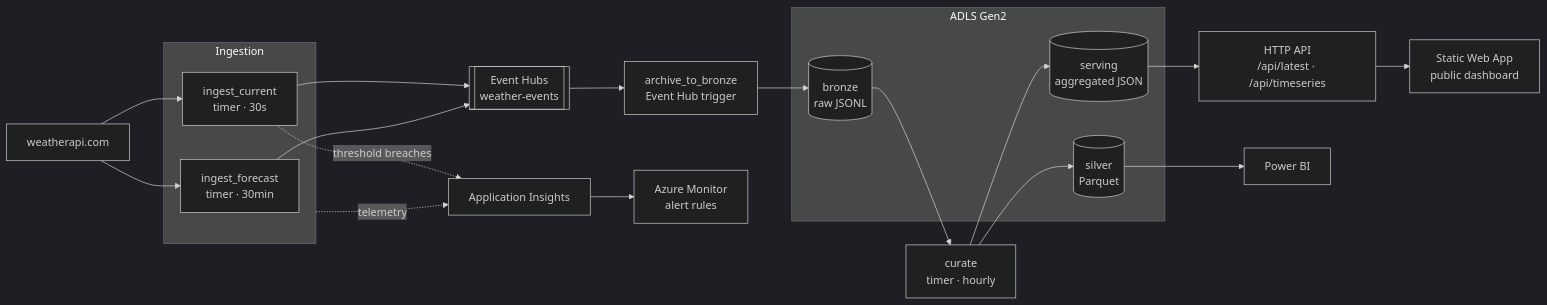
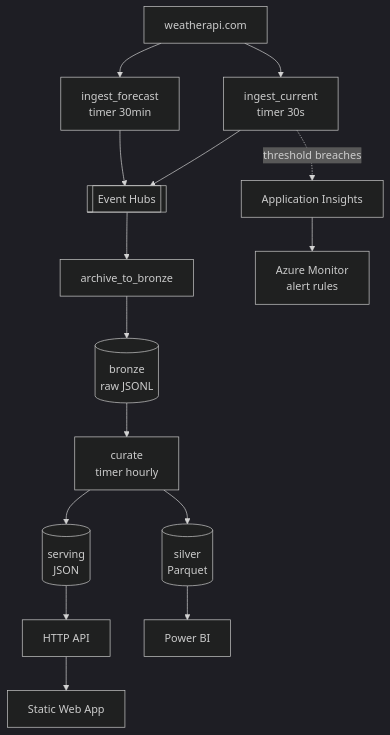
Before and after one commit to Shomao1998/weather-streaming-app: the diagram in README.md, drawn with Mermaid (dark theme). The commit also changed 1 other file, not shown here.

Commit message:
docs: redraw the architecture diagram so its labels stay legible
The left-to-right layout ran wide enough that a README-width column scaled the
text down to unreadable, and the longer two-line labels were clipped inside
their nodes. Vertical flow, shorter labels; the tables underneath already carry
the detail the labels were trying to hold.

````diff
--- a/README.md
+++ b/README.md
@@ -52,37 +52,29 @@
 ```mermaid
-flowchart LR
-    API[weatherapi.com]
-
-    subgraph ingest["Ingestion"]
-        C["ingest_current<br/>timer · 30s"]
-        F["ingest_forecast<br/>timer · 30min"]
-    end
-
-    EH[["Event Hubs<br/>weather-events"]]
-    AR["archive_to_bronze<br/>Event Hub trigger"]
-
-    subgraph lake["ADLS Gen2"]
-        B[("bronze<br/>raw JSONL")]
-        S[("silver<br/>Parquet")]
-        SV[("serving<br/>aggregated JSON")]
-    end
-
-    CU["curate<br/>timer · hourly"]
-    HTTP["HTTP API<br/>/api/latest · /api/timeseries"]
-    DASH["Static Web App<br/>public dashboard"]
+flowchart TB
+    API["weatherapi.com"]
+    C["ingest_current<br>timer 30s"]
+    F["ingest_forecast<br>timer 30min"]
+    EH[["Event Hubs"]]
+    AR["archive_to_bronze"]
+    B[("bronze<br>raw JSONL")]
+    CU["curate<br>timer hourly"]
+    S[("silver<br>Parquet")]
+    SV[("serving<br>JSON")]
+    HTTP["HTTP API"]
+    DASH["Static Web App"]
     PBI["Power BI"]
-
     AI["Application Insights"]
-    ALERT["Azure Monitor<br/>alert rules"]
+    ALERT["Azure Monitor<br>alert rules"]
 
     API --> C & F
     C & F --> EH
-    EH --> AR --> B
+    EH --> AR
+    AR --> B
     B --> CU
     CU --> S & SV
-    SV --> HTTP --> DASH
+    SV --> HTTP
+    HTTP --> DASH
     S --> PBI
-    C -.threshold breaches.-> AI
-    ingest -.telemetry.-> AI
+    C -. threshold breaches .-> AI
     AI --> ALERT
 ```
````
